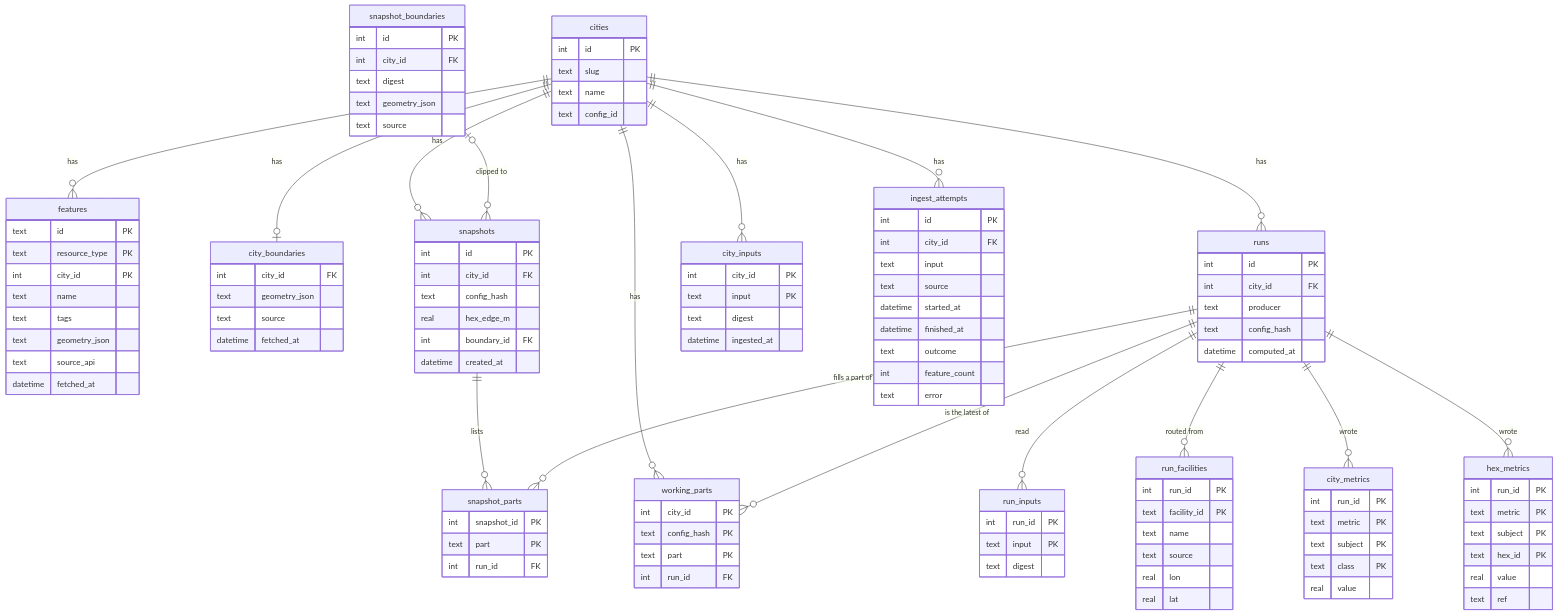
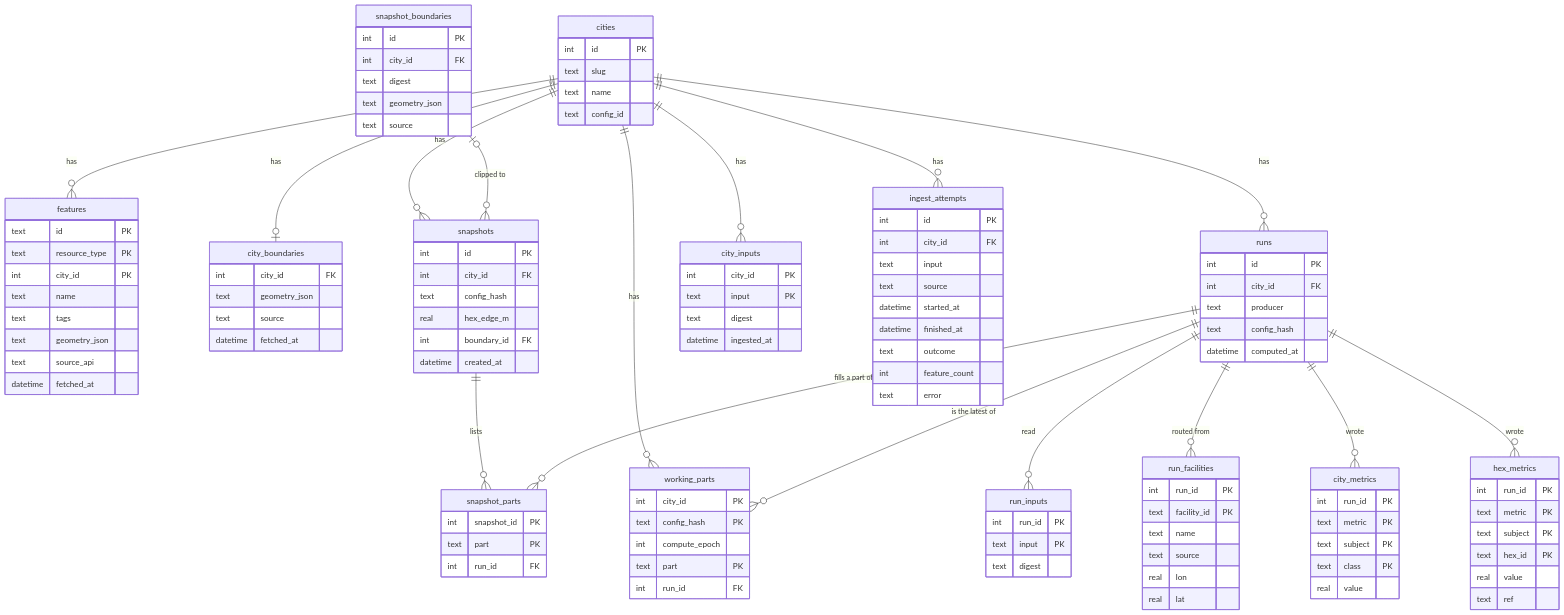
Before and after one commit to jcrussell/solvent-streets: the third of 3 diagrams in docs/architecture.md, drawn with Mermaid. The commit also changed other lines of this file and 16 other files, not shown here.

First line of the commit message:
feat(db)!: each latest compute records its ComputeEpoch, and gc sweeps the ones an older pvmt made (solvent-streets-e26d)

```diff
--- a/docs/architecture.md
+++ b/docs/architecture.md
@@ -278,6 +278,7 @@
     working_parts {
         int city_id PK
         text config_hash PK
+        int compute_epoch
         text part PK
         int run_id FK
     }
```
